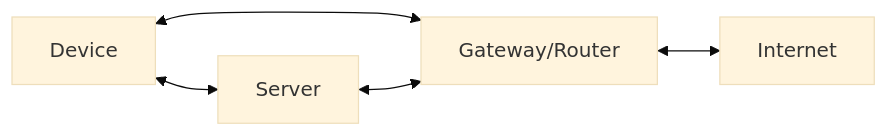
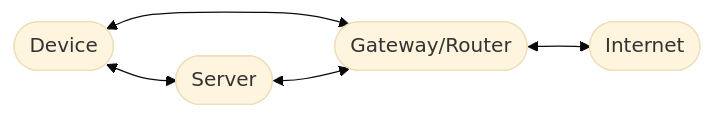
Before and after one commit to mrmatho/10dt-slides: the diagram in pages/12_network_security.md, drawn with Mermaid (base theme). The commit also changed other lines of this file and 1 other file, not shown here.

````diff
--- a/pages/12_network_security.md
+++ b/pages/12_network_security.md
@@ -83,9 +84,9 @@
 ```mermaid
 
 graph LR
 
-A[Device] <--> B[Gateway/Router]
-D[Server] <--> B
-B <--> C[Internet]
+A([Device]) <--> B([Gateway/Router])
+D([Server]) <--> B
+B <--> C([Internet])
 A <--> D
 ```
````
